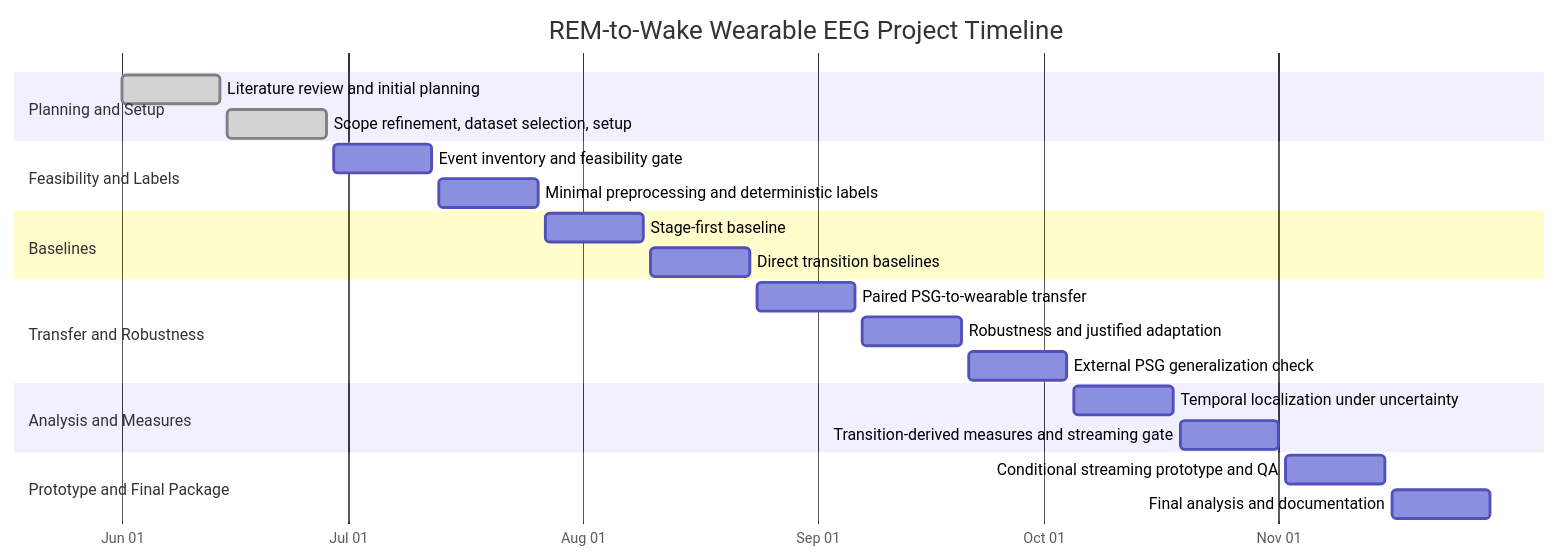
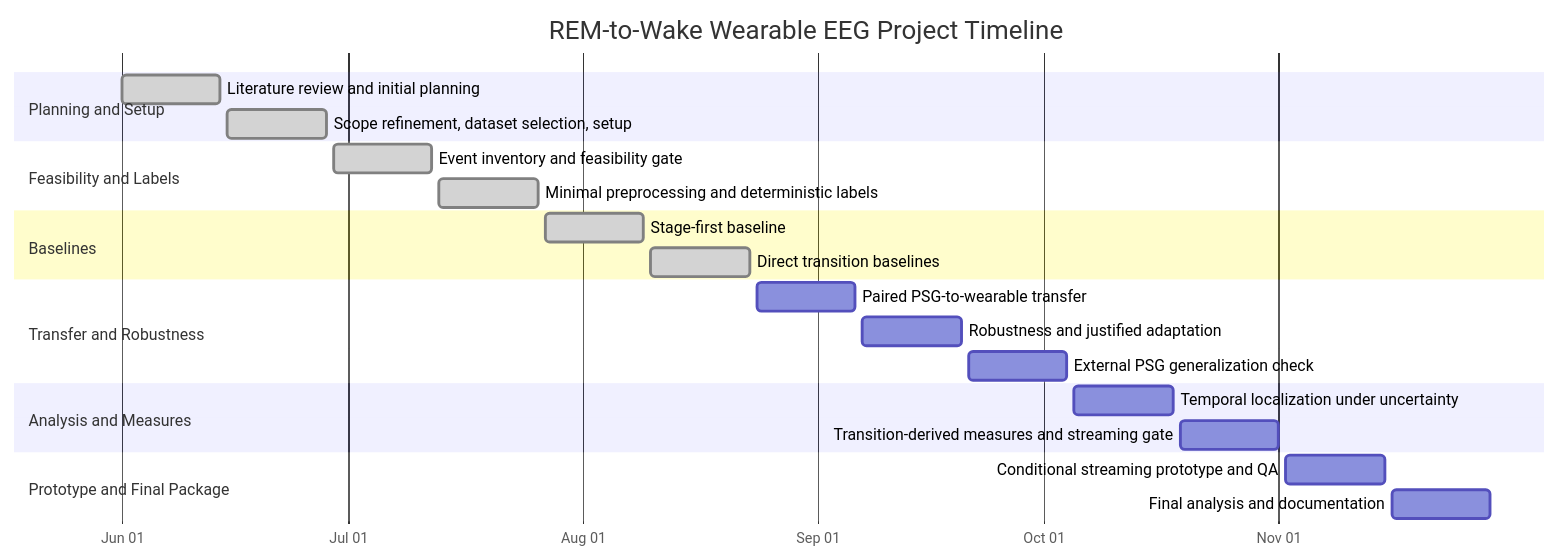
One commit to dgurve09/REM_Wake changed the first of 2 diagrams in docs/planning/overall_project_timeline.md. Above: the diagram before and after it, drawn with Mermaid. The commit also changed other lines of this file and 102 other files, not shown here.

````diff
--- a/docs/planning/overall_project_timeline.md
+++ b/docs/planning/overall_project_timeline.md
@@ -17,31 +17,31 @@
 ```mermaid
 gantt
     title REM-to-Wake Wearable EEG Project Timeline
     dateFormat  YYYY-MM-DD
     axisFormat  %b %d
 
     section Planning and Setup
     Literature review and initial planning           :done, b1, 2026-06-01, 2026-06-14
     Scope refinement, dataset selection, setup       :done, b2, 2026-06-15, 2026-06-28
 
     section Feasibility and Labels
-    Event inventory and feasibility gate             :b3, 2026-06-29, 2026-07-12
-    Minimal preprocessing and deterministic labels   :b4, 2026-07-13, 2026-07-26
+    Event inventory and feasibility gate             :done, b3, 2026-06-29, 2026-07-12
+    Minimal preprocessing and deterministic labels   :done, b4, 2026-07-13, 2026-07-26
 
     section Baselines
-    Stage-first baseline                             :b5, 2026-07-27, 2026-08-09
-    Direct transition baselines                      :b6, 2026-08-10, 2026-08-23
+    Stage-first baseline                             :done, b5, 2026-07-27, 2026-08-09
+    Direct transition baselines                      :done, b6, 2026-08-10, 2026-08-23
 
     section Transfer and Robustness
     Paired PSG-to-wearable transfer                  :b7, 2026-08-24, 2026-09-06
     Robustness and justified adaptation              :b8, 2026-09-07, 2026-09-20
     External PSG generalization check                :b9, 2026-09-21, 2026-10-04
 
     section Analysis and Measures
     Temporal localization under uncertainty          :b10, 2026-10-05, 2026-10-18
     Transition-derived measures and streaming gate   :b11, 2026-10-19, 2026-11-01
 
     section Prototype and Final Package
     Conditional streaming prototype and QA           :b12, 2026-11-02, 2026-11-15
     Final analysis and documentation                 :b13, 2026-11-16, 2026-11-29
 ```
````
